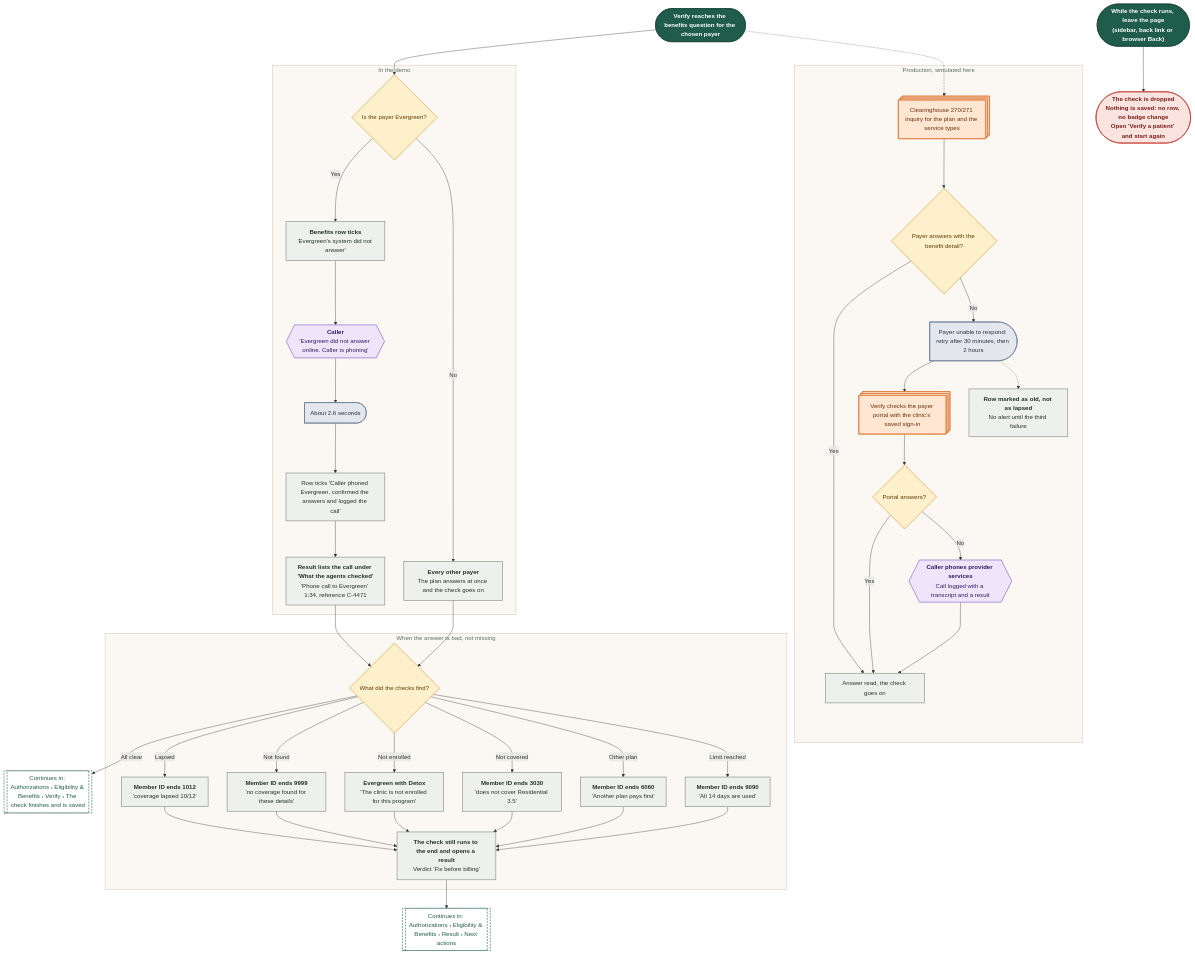
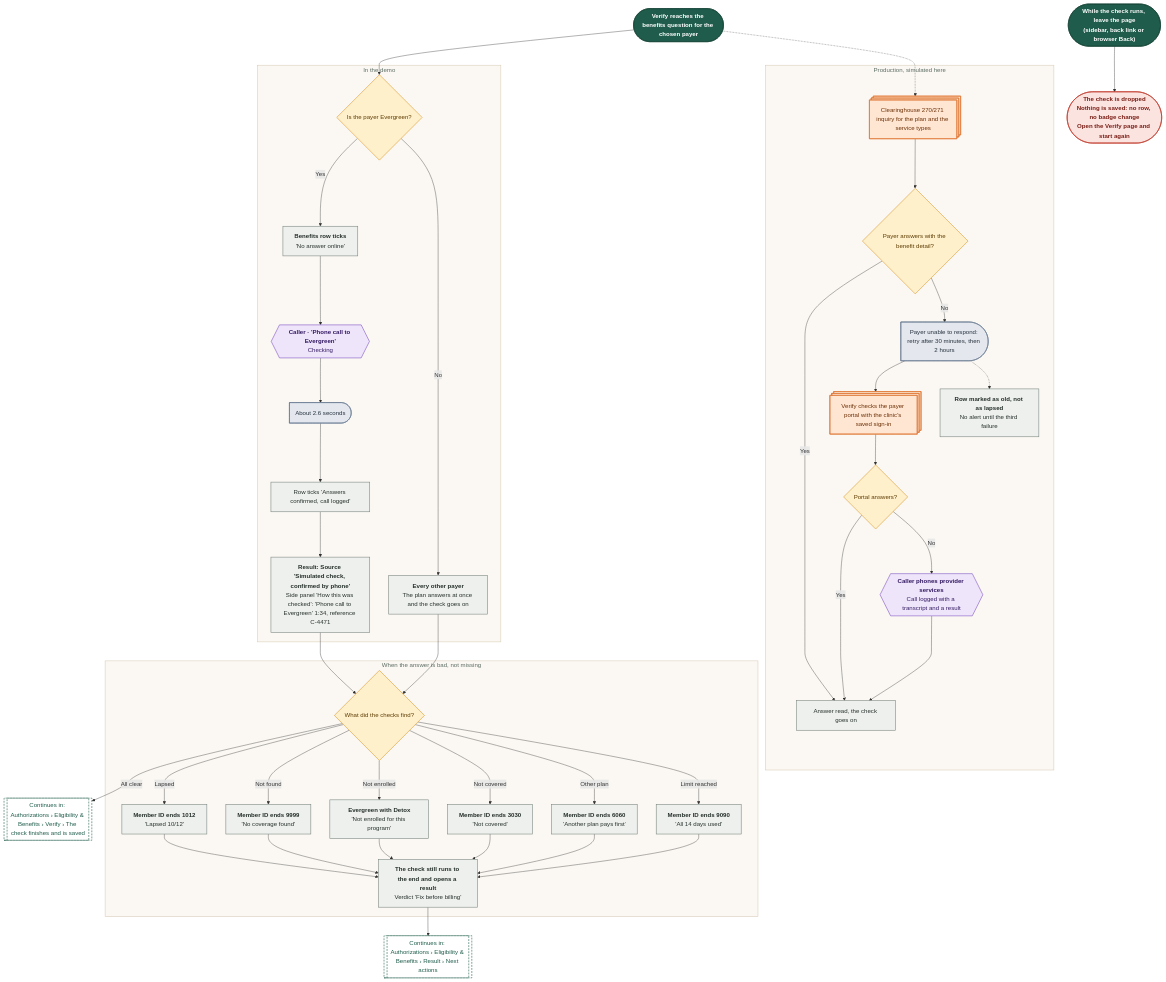
One commit to Shrav143/psyfloapp changed diagram 11 of 28 in demos/prior-auth-demo/workflows/out/md/05-eligibility.md. Above: the diagram before and after it, drawn with Mermaid. The commit also changed other lines of this file and 202 other files, not shown here.

First line of the commit message:
docs: round 6 README, CONVENTIONS, spec section 17, diagram module blurbs and 336 rebuilt diagrams

```diff
--- a/demos/prior-auth-demo/workflows/out/md/05-eligibility.md
+++ b/demos/prior-auth-demo/workflows/out/md/05-eligibility.md
@@ -811,11 +826,11 @@
   s1@{ shape: stadium, label: "Verify reaches the benefits question for the chosen payer" }
   subgraph gDemo ["In the demo"]
   d1@{ shape: diam, label: "Is the payer Evergreen?" }
-  p1@{ shape: rect, label: "<b>Benefits row ticks</b><br/>'Evergreen's system did not answer'" }
-  a1@{ shape: hex, label: "<b>Caller</b><br/>'Evergreen did not answer online. Caller is phoning'" }
+  p1@{ shape: rect, label: "<b>Benefits row ticks</b><br/>'No answer online'" }
+  a1@{ shape: hex, label: "<b>Caller · 'Phone call to Evergreen'</b><br/>Checking" }
   w1@{ shape: delay, label: "About 2.6 seconds" }
-  p2@{ shape: rect, label: "Row ticks 'Caller phoned Evergreen, confirmed the answers and logged the call'" }
-  p3@{ shape: rect, label: "<b>Result lists the call under 'What the agents checked'</b><br/>'Phone call to Evergreen' 1:34, reference C-4471" }
+  p2@{ shape: rect, label: "Row ticks 'Answers confirmed, call logged'" }
+  p3@{ shape: rect, label: "<b>Result: Source 'Simulated check, confirmed by phone'</b><br/>Side panel 'How this was checked': 'Phone call to Evergreen' 1:34, reference C-4471" }
   p4@{ shape: rect, label: "<b>Every other payer</b><br/>The plan answers at once and the check goes on" }
   end
   subgraph gReal ["Production, simulated here"]
@@ -830,16 +845,16 @@
   end
   subgraph gBad ["When the answer is bad, not missing"]
   b1@{ shape: diam, label: "What did the checks find?" }
-  b2@{ shape: rect, label: "<b>Member ID ends 1012</b><br/>'coverage lapsed 10/12'" }
-  b3@{ shape: rect, label: "<b>Member ID ends 9999</b><br/>'no coverage found for these details'" }
-  b4@{ shape: rect, label: "<b>Evergreen with Detox</b><br/>'The clinic is not enrolled for this program'" }
-  b6@{ shape: rect, label: "<b>Member ID ends 3030</b><br/>'does not cover Residential 3.5'" }
+  b2@{ shape: rect, label: "<b>Member ID ends 1012</b><br/>'Lapsed 10/12'" }
+  b3@{ shape: rect, label: "<b>Member ID ends 9999</b><br/>'No coverage found'" }
+  b4@{ shape: rect, label: "<b>Evergreen with Detox</b><br/>'Not enrolled for this program'" }
+  b6@{ shape: rect, label: "<b>Member ID ends 3030</b><br/>'Not covered'" }
   b7@{ shape: rect, label: "<b>Member ID ends 6060</b><br/>'Another plan pays first'" }
-  b8@{ shape: rect, label: "<b>Member ID ends 9090</b><br/>'All 14 days are used'" }
+  b8@{ shape: rect, label: "<b>Member ID ends 9090</b><br/>'All 14 days used'" }
   b5@{ shape: rect, label: "<b>The check still runs to the end and opens a result</b><br/>Verdict 'Fix before billing'" }
   end
   s2@{ shape: stadium, label: "<b>While the check runs, leave the page</b><br/>(sidebar, back link or browser Back)" }
-  e1@{ shape: stadium, label: "<b>The check is dropped</b><br/>Nothing is saved: no row, no badge change<br/>Open 'Verify a patient' and start again" }
+  e1@{ shape: stadium, label: "<b>The check is dropped</b><br/>Nothing is saved: no row, no badge change<br/>Open the Verify page and start again" }
   g1@{ shape: subproc, label: "Continues in: Authorizations › Eligibility & Benefits › Result › Next actions" }
   g2@{ shape: subproc, label: "Continues in: Authorizations › Eligibility & Benefits › Verify › The check finishes and is saved" }
   s1 --> d1
```
